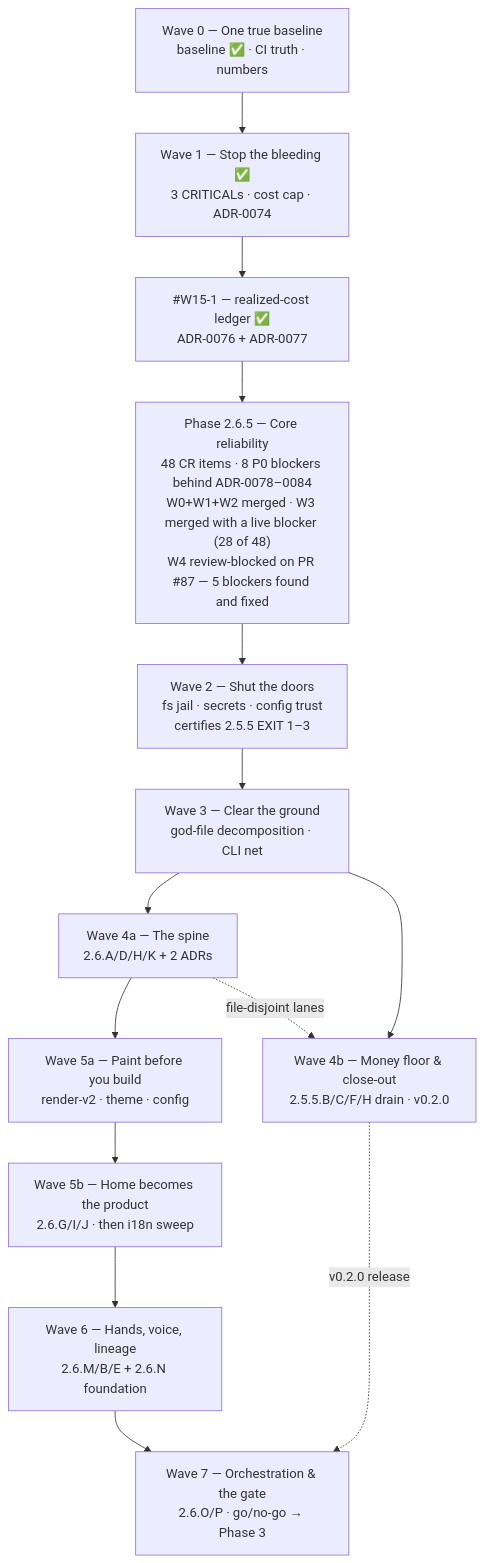
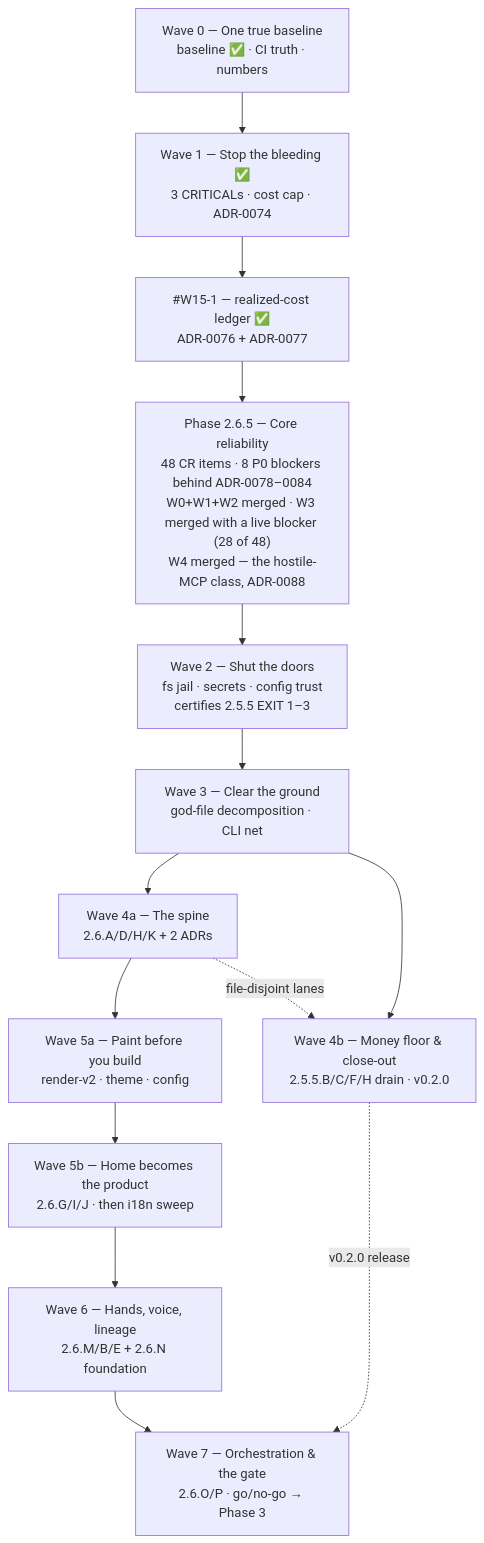
The diagram in docs/roadmap/current.md (HodeTech/Relavium), drawn with Mermaid before and after one commit. The commit also changed other lines of this file and 3 other files, not shown here.

First line of the commit message:
docs(roadmap): W4 merged — carry the status to its four homes

````diff
--- a/docs/roadmap/current.md
+++ b/docs/roadmap/current.md
@@ -89,19 +89,19 @@
 ```mermaid
 flowchart TD
     W0["Wave 0 — One true baseline<br/>baseline ✅ · CI truth · numbers"]
     W1["Wave 1 — Stop the bleeding ✅<br/>3 CRITICALs · cost cap · ADR-0074"]
     LEDGER["#W15-1 — realized-cost ledger ✅<br/>ADR-0076 + ADR-0077"]
-    P265["Phase 2.6.5 — Core reliability<br/>48 CR items · 8 P0 blockers behind ADR-0078–0084<br/>W0+W1+W2 merged · W3 merged with a live blocker (28 of 48)<br/>W4 review-blocked on PR #87 — 5 blockers found and fixed"]
+    P265["Phase 2.6.5 — Core reliability<br/>48 CR items · 8 P0 blockers behind ADR-0078–0084<br/>W0+W1+W2 merged · W3 merged with a live blocker (28 of 48)<br/>W4 merged — the hostile-MCP class, ADR-0088"]
     W2["Wave 2 — Shut the doors<br/>fs jail · secrets · config trust<br/>certifies 2.5.5 EXIT 1–3"]
     W3["Wave 3 — Clear the ground<br/>god-file decomposition · CLI net"]
     W4a["Wave 4a — The spine<br/>2.6.A/D/H/K + 2 ADRs"]
     W4b["Wave 4b — Money floor & close-out<br/>2.5.5.B/C/F/H drain · v0.2.0"]
     W5a["Wave 5a — Paint before you build<br/>render-v2 · theme · config"]
     W5b["Wave 5b — Home becomes the product<br/>2.6.G/I/J · then i18n sweep"]
     W6["Wave 6 — Hands, voice, lineage<br/>2.6.M/B/E + 2.6.N foundation"]
     W7["Wave 7 — Orchestration & the gate<br/>2.6.O/P · go/no-go → Phase 3"]
     W0 --> W1 --> LEDGER --> P265 --> W2 --> W3 --> W4a --> W5a --> W5b --> W6 --> W7
     W3 --> W4b
     W4b -.->|v0.2.0 release| W7
     W4a -.->|file-disjoint lanes| W4b
 ```
````
